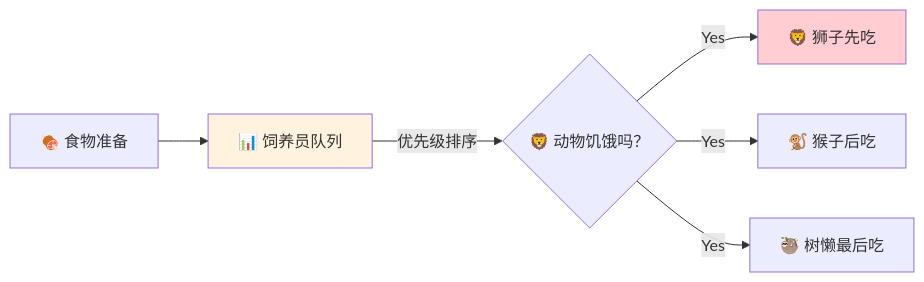
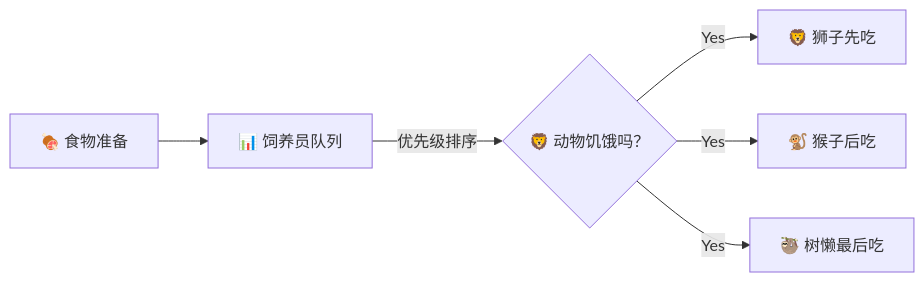
The second of 2 diagrams in docs/index.md (YearsAlso/zoo-framework-doc), drawn with Mermaid before and after one commit. The commit also changed other lines of this file, not shown here.

````diff
--- a/docs/index.md
+++ b/docs/index.md
@@ -152,11 +283,8 @@
 ```mermaid
 graph LR
     A[🍖 食物准备] --> B[📊 饲养员队列]
     B -->|优先级排序| C{🦁 动物饥饿吗？}
     C -->|Yes| D[🦁 狮子先吃]
     C -->|Yes| E[🐒 猴子后吃]
     C -->|Yes| F[🦥 树懒最后吃]
-    
-    style B fill:#fff3e0
-    style D fill:#ffcdd2
 ```
````
